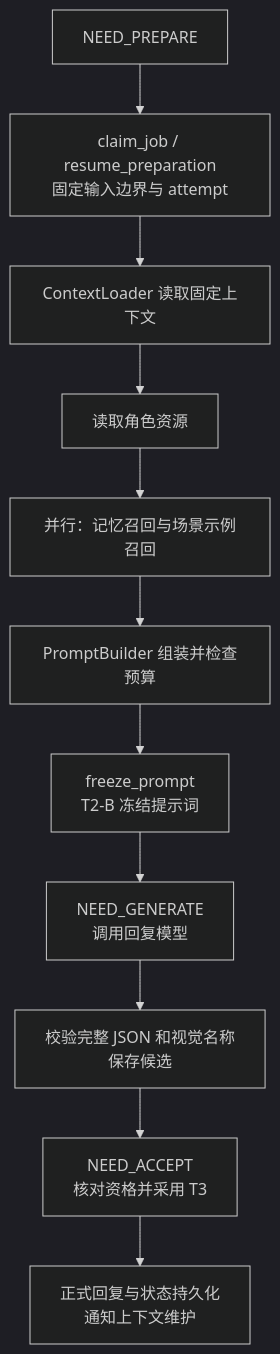
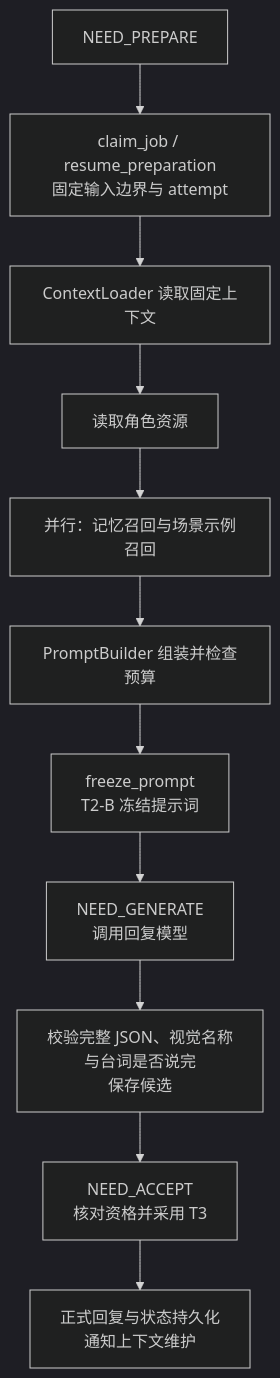
Before and after one commit to luohongqaq/RNA-Companion: the fifth of 7 diagrams in backend/module/chat/ARCHITECTURE.md, drawn with Mermaid (dark theme). The commit also changed other lines of this file and 46 other files, not shown here.

````diff
--- a/backend/module/chat/ARCHITECTURE.md
+++ b/backend/module/chat/ARCHITECTURE.md
@@ -72,13 +94,13 @@
 ```mermaid
 flowchart TD
     J[NEED_PREPARE] --> A[claim_job / resume_preparation<br/>固定输入边界与 attempt]
     A --> B[ContextLoader 读取固定上下文]
     B --> C[读取角色资源]
     C --> D[并行：记忆召回与场景示例召回]
     D --> E[PromptBuilder 组装并检查预算]
     E --> F[freeze_prompt<br/>T2-B 冻结提示词]
     F --> G[NEED_GENERATE<br/>调用回复模型]
-    G --> H[校验完整 JSON 和视觉名称<br/>保存候选]
+    G --> H[校验完整 JSON、视觉名称<br/>与台词是否说完<br/>保存候选]
     H --> I[NEED_ACCEPT<br/>核对资格并采用 T3]
     I --> K[正式回复与状态持久化<br/>通知上下文维护]
 ```
````
